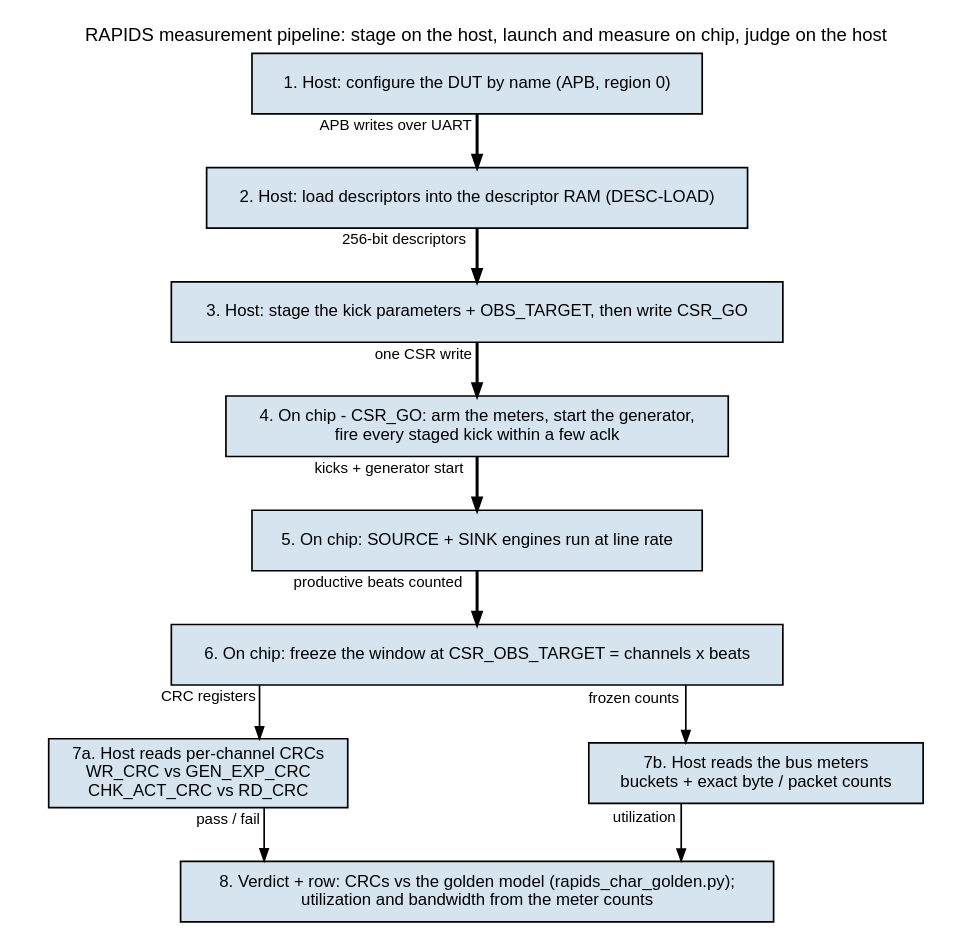
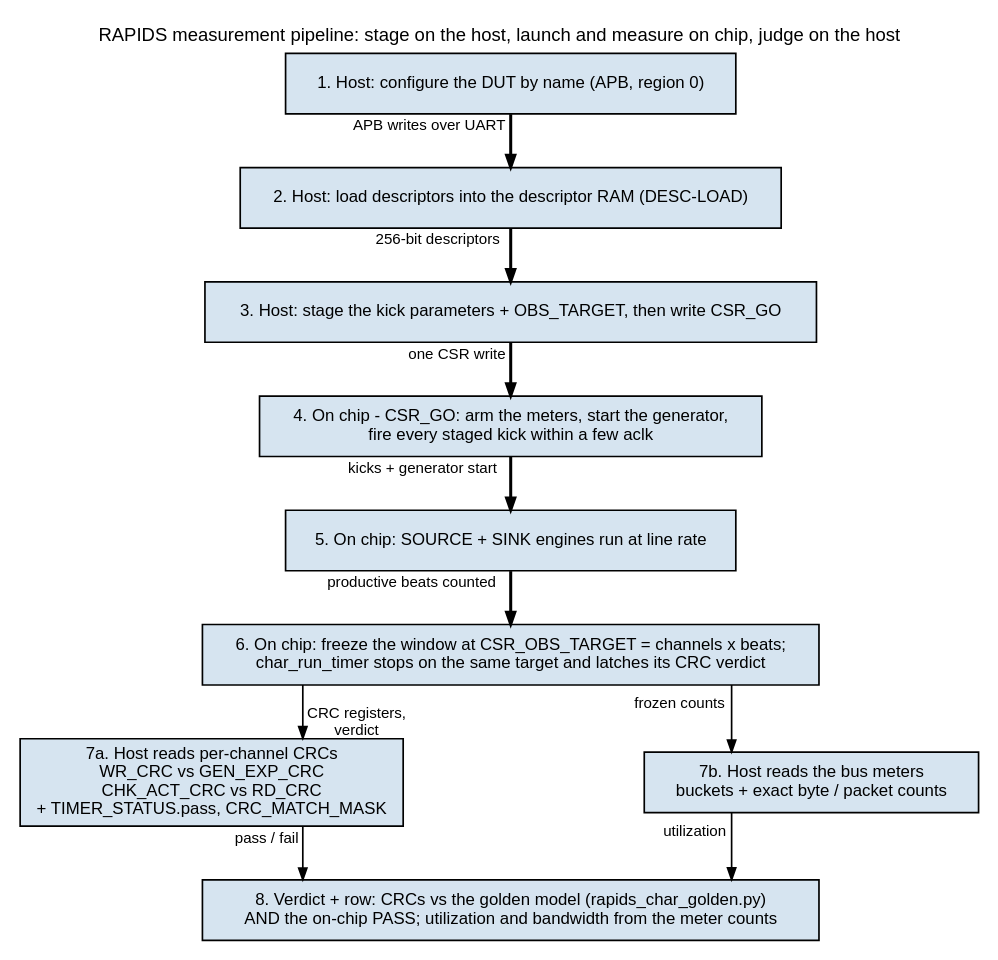
The diagram in projects/fpga-systems/Genesys2/dma-ip/rapids_beats/docs/rapids_char_guide/assets/graphviz/02_measurement_pipeline.dot (sean-galloway/RTLDesignSherpa), drawn with Graphviz before and after one commit. The commit also changed 33 other files, not shown here.

First line of the commit message:
docs(fpga-systems): run timer in the STREAM and RAPIDS system books and diagrams

```diff
--- a/projects/fpga-systems/Genesys2/dma-ip/rapids_beats/docs/rapids_char_guide/assets/graphviz/02_measurement_pipeline.dot
+++ b/projects/fpga-systems/Genesys2/dma-ip/rapids_beats/docs/rapids_char_guide/assets/graphviz/02_measurement_pipeline.dot
@@ -1,42 +1,42 @@
 // Figure 3.1 -- measurement pipeline. Replaces
 // assets/mermaid/02_measurement_pipeline.mmd. A process flow in the house
 // vocabulary (vault/handbook/authoring/block-diagrams.md): steps top-down,
 // every arrow labeled with what it carries, each step naming where it runs.
 // The readback splits into its two independent checks, which share a rank
 // and both feed the verdict.
-// Sources: rapids_char_harness.sv (CSR_GO, CSR_OBS_TARGET), host
+// Sources: rapids_char_harness.sv (CSR_GO, CSR_OBS_TARGET, u_char_run_timer), host
 // run_characterization.py, rapids_char_golden.py.
 digraph measurement_pipeline {
     graph [rankdir=TB, bgcolor="white", fontname="Helvetica", fontsize=11,
            nodesep="0.50", ranksep="0.45", splines=ortho, newrank=true,
            label="RAPIDS measurement pipeline: stage on the host, launch and measure on chip, judge on the host", labelloc=t];
     node  [fontname="Helvetica", fontsize=10, shape=box, style=filled,
            fillcolor="#D6E4F0", color="black", margin="0.12,0.06"];
     edge  [fontname="Helvetica", fontsize=9, color="black", arrowsize=0.7];
 
     c1  [group=C, label="1. Host: configure the DUT by name (APB, region 0)"];
     c2  [group=C, label="2. Host: load descriptors into the descriptor RAM (DESC-LOAD)"];
     c3  [group=C, label="3. Host: stage the kick parameters + OBS_TARGET, then write CSR_GO"];
     go  [group=C, label="4. On chip - CSR_GO: arm the meters, start the generator,\nfire every staged kick within a few aclk"];
     run [group=C, label="5. On chip: SOURCE + SINK engines run at line rate"];
-    frz [group=C, label="6. On chip: freeze the window at CSR_OBS_TARGET = channels x beats"];
+    frz [group=C, label="6. On chip: freeze the window at CSR_OBS_TARGET = channels x beats;\nchar_run_timer stops on the same target and latches its CRC verdict"];
 
-    crc [label="7a. Host reads per-channel CRCs\nWR_CRC vs GEN_EXP_CRC\nCHK_ACT_CRC vs RD_CRC"];
+    crc [label="7a. Host reads per-channel CRCs\nWR_CRC vs GEN_EXP_CRC\nCHK_ACT_CRC vs RD_CRC\n+ TIMER_STATUS.pass, CRC_MATCH_MASK"];
     met [label="7b. Host reads the bus meters\nbuckets + exact byte / packet counts"];
 
-    gold [group=C, label="8. Verdict + row: CRCs vs the golden model (rapids_char_golden.py);\nutilization and bandwidth from the meter counts"];
+    gold [group=C, label="8. Verdict + row: CRCs vs the golden model (rapids_char_golden.py)\nAND the on-chip PASS; utilization and bandwidth from the meter counts"];
 
     pc [group=C, shape=point, style=invis, width=0.01, label=""];
     { rank=same; crc; pc; met; }
     crc -> pc -> met [style=invis, minlen=2];
 
     c1  -> c2  [penwidth=1.8, xlabel="APB writes over UART"];
     c2  -> c3  [penwidth=1.8, xlabel="256-bit descriptors"];
     c3  -> go  [penwidth=1.8, xlabel="one CSR write"];
     go  -> run [penwidth=1.8, xlabel="kicks + generator start"];
     run -> frz [penwidth=1.8, xlabel="productive beats counted"];
-    frz -> crc [xlabel="CRC registers"];
+    frz -> crc [xlabel="CRC registers,\nverdict"];
     frz -> met [xlabel="frozen counts"];
     crc -> gold [xlabel="pass / fail"];
     met -> gold [xlabel="utilization"];
 }
```
